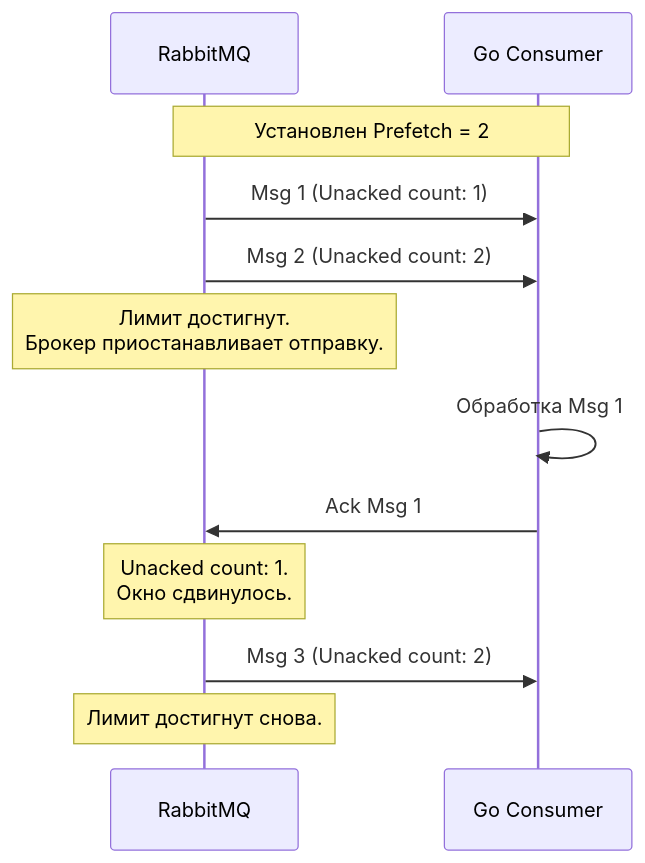
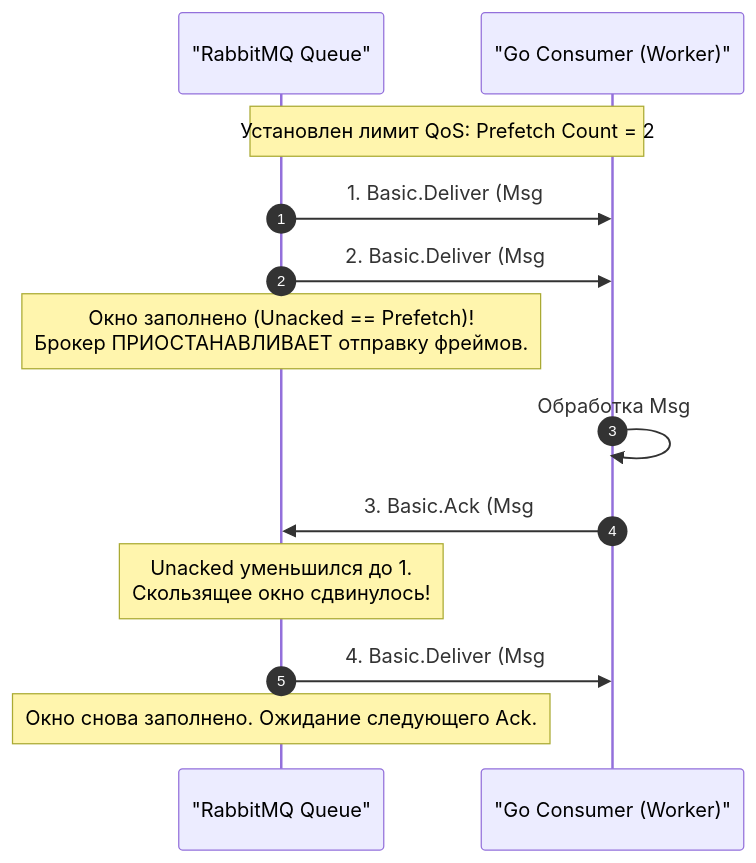
The second of 3 diagrams in sources/13. Очереди, брокеры сообщений и оркестраторы/02. RabbitMQ/5. Prefetch и QoS.md (UnrealTemplier/go-textbook), drawn with Mermaid before and after one commit. The commit also changed other lines of this file, not shown here.

````diff
--- a/sources/13. Очереди, брокеры сообщений и оркестраторы/02. RabbitMQ/5. Prefetch и QoS.md
+++ b/sources/13. Очереди, брокеры сообщений и оркестраторы/02. RabbitMQ/5. Prefetch и QoS.md
@@ -25,18 +67,19 @@
 ```mermaid
 sequenceDiagram
-    participant RMQ as RabbitMQ
-    participant GO as Go Consumer
+    autonumber
+    participant Broker as "RabbitMQ Queue"
+    participant Worker as "Go Consumer (Worker)"
 
-    note over RMQ, GO: Установлен Prefetch = 2
+    Note over Broker,Worker: Установлен лимит QoS: Prefetch Count = 2
     
-    RMQ->>GO: Msg 1 (Unacked count: 1)
-    RMQ->>GO: Msg 2 (Unacked count: 2)
-    note over RMQ: Лимит достигнут.<br>Брокер приостанавливает отправку.
-    
-    GO->>GO: Обработка Msg 1
-    GO->>RMQ: Ack Msg 1
-    note over RMQ: Unacked count: 1.<br>Окно сдвинулось.
-    
-    RMQ->>GO: Msg 3 (Unacked count: 2)
-    note over RMQ: Лимит достигнут снова.
+    Broker->>Worker: 1. Basic.Deliver (Msg #1) [Unacked: 1]
+    Broker->>Worker: 2. Basic.Deliver (Msg #2) [Unacked: 2]
+    Note over Broker: Окно заполнено (Unacked == Prefetch)!<br>Брокер ПРИОСТАНАВЛИВАЕТ отправку фреймов.
+
+    Worker->>Worker: Обработка Msg #1 в БД (50 мс)
+    Worker->>Broker: 3. Basic.Ack (Msg #1)
+    Note over Broker: Unacked уменьшился до 1.<br>Скользящее окно сдвинулось!
+
+    Broker->>Worker: 4. Basic.Deliver (Msg #3) [Unacked: 2]
+    Note over Broker: Окно снова заполнено. Ожидание следующего Ack.
 ```
````
